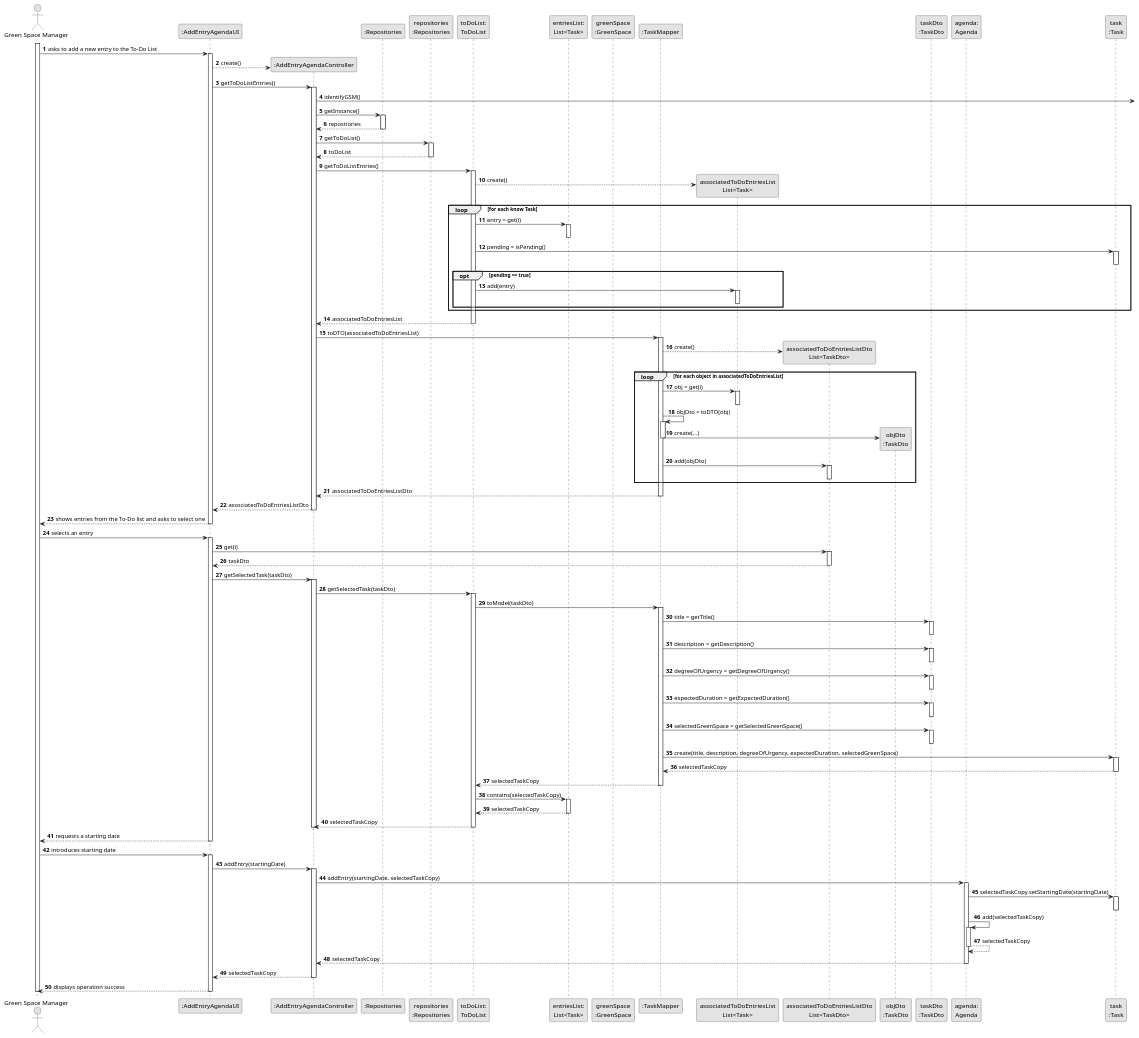
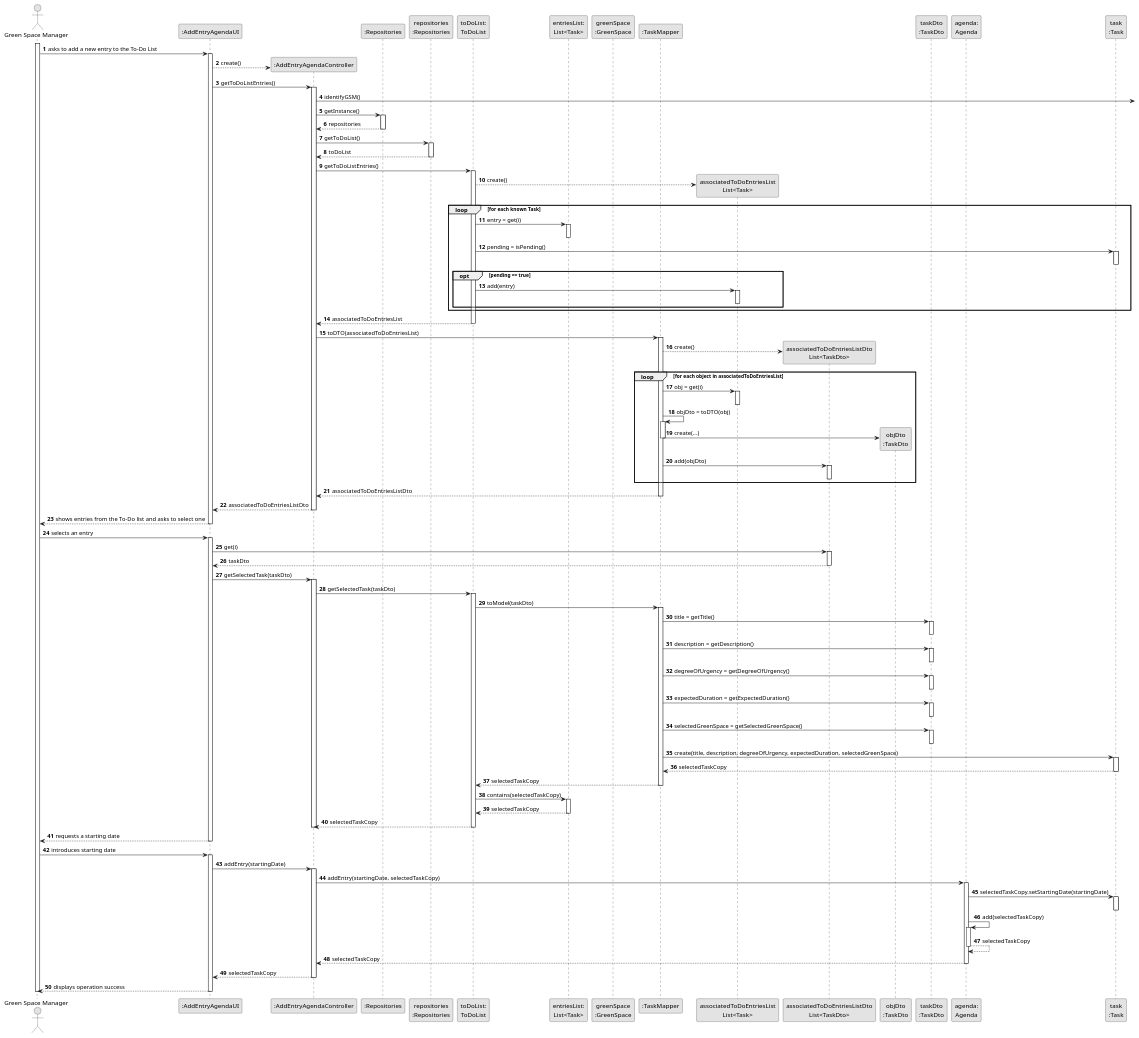
Before and after one commit to Departamento-de-Engenharia-Informatica/lei-24-s2-1dm-g132: the diagram in docs/sprintC/us022/03.design/puml/us022-sequence-diagram-full.puml, drawn with PlantUML. The commit also changed 10 other files, not shown here.

Commit message:
US23 sequence diagram first version incomplete

```diff
--- a/docs/sprintC/us022/03.design/puml/us022-sequence-diagram-full.puml
+++ b/docs/sprintC/us022/03.design/puml/us022-sequence-diagram-full.puml
@@ -1,199 +1,199 @@
 @startuml
 skinparam monochrome true
 skinparam packageStyle rectangle
 skinparam shadowing false
 
 autonumber
 
 'hide footbox
 actor "Green Space Manager" as GSM
 participant ":AddEntryAgendaUI" as UI
 participant ":AddEntryAgendaController" as CTRL
 participant ":Repositories" as RepositorySingleton
 participant "repositories\n:Repositories" as PLAT
 participant "toDoList:\nToDoList" as ToDoList
 participant "entriesList:\nList<Task>" as EntriesList
 participant "greenSpace\n:GreenSpace" as greenSpace
 participant ":TaskMapper" as TaskMapper
 participant "associatedToDoEntriesList\nList<Task>" as associatedToDoEntriesList
 participant "associatedToDoEntriesListDto\nList<TaskDto>" as associatedToDoEntriesListDto
 participant "objDto\n:TaskDto" as taskDto
 participant "taskDto\n:TaskDto" as TaskDto
 participant "agenda:\nAgenda" as Agenda
 participant "task\n:Task" as Task
 
 activate GSM
 
     GSM -> UI : asks to add a new entry to the To-Do List
     activate UI
 
         UI --> CTRL** : create()
         UI -> CTRL : getToDoListEntries()
         activate CTRL
 
             CTRL -> : identifyGSM()
 
             CTRL -> RepositorySingleton : getInstance()
                 activate RepositorySingleton
 
                     RepositorySingleton --> CTRL: repositories
                 deactivate RepositorySingleton
 
                 CTRL -> PLAT : getToDoList()
                 activate PLAT
 
                     PLAT --> CTRL : toDoList
                 deactivate PLAT
 
                 CTRL -> ToDoList : getToDoListEntries()
                 activate ToDoList
 
                     ToDoList --> associatedToDoEntriesList** : create()
 
-                    loop for each know Task
+                    loop for each known Task
 
                         ToDoList -> EntriesList : entry = get(i)
                         activate EntriesList
                         deactivate EntriesList
 
                         ToDoList -> Task : pending = isPending()
                         activate Task
                         deactivate Task
 
                         opt pending == true
 
                             ToDoList -> associatedToDoEntriesList : add(entry)
                             activate associatedToDoEntriesList
                             deactivate associatedToDoEntriesList
 
                         end opt
 
                     end loop
 
                     ToDoList --> CTRL : associatedToDoEntriesList
                 deactivate ToDoList
 
                 CTRL -> TaskMapper : toDTO(associatedToDoEntriesList)
                 activate TaskMapper
 
                     TaskMapper --> associatedToDoEntriesListDto** : create()
 
                     loop for each object in associatedToDoEntriesList
                         TaskMapper -> associatedToDoEntriesList : obj = get(i)
                         activate associatedToDoEntriesList
 
                             deactivate associatedToDoEntriesList
 
                         TaskMapper -> TaskMapper : objDto = toDTO(obj)
                         activate TaskMapper
 
                             TaskMapper -> taskDto** :create(...)
                             deactivate TaskMapper
 
                         TaskMapper -> associatedToDoEntriesListDto : add(objDto)
                         activate associatedToDoEntriesListDto
 
                             deactivate associatedToDoEntriesListDto
 
                         end loop
 
                     TaskMapper --> CTRL : associatedToDoEntriesListDto
                     deactivate TaskMapper
 
                 CTRL --> UI : associatedToDoEntriesListDto
                 deactivate CTRL
             UI --> GSM : shows entries from the To-Do list and asks to select one
             deactivate UI
 
         GSM -> UI : selects an entry
         activate UI
 
             UI -> associatedToDoEntriesListDto : get(i)
             activate associatedToDoEntriesListDto
 
                 associatedToDoEntriesListDto --> UI : taskDto
             deactivate associatedToDoEntriesListDto
 
             UI -> CTRL : getSelectedTask(taskDto)
             activate CTRL
 
                 CTRL -> ToDoList : getSelectedTask(taskDto)
                 activate ToDoList
 
                     ToDoList -> TaskMapper : toModel(taskDto)
                     activate TaskMapper
 
                         TaskMapper -> TaskDto : title = getTitle()
                         activate TaskDto
                         deactivate TaskDto
 
                         TaskMapper -> TaskDto : description = getDescription()
                         activate TaskDto
                         deactivate TaskDto
 
                         TaskMapper -> TaskDto : degreeOfUrgency = getDegreeOfUrgency()
                         activate TaskDto
                         deactivate TaskDto
 
                         TaskMapper -> TaskDto : expectedDuration = getExpectedDuration()
                         activate TaskDto
                         deactivate TaskDto
 
                         TaskMapper -> TaskDto : selectedGreenSpace = getSelectedGreenSpace()
                         activate TaskDto
                         deactivate TaskDto
 
                         TaskMapper -> Task : create(title, description, degreeOfUrgency, expectedDuration, selectedGreenSpace)
                         activate Task
 
                             Task --> TaskMapper : selectedTaskCopy
                         deactivate Task
 
                         TaskMapper --> ToDoList : selectedTaskCopy
                         deactivate TaskMapper
 
                     ToDoList -> EntriesList: contains(selectedTaskCopy)
                     activate EntriesList
 
                         EntriesList --> ToDoList : selectedTaskCopy
                     deactivate EntriesList
 
                     ToDoList --> CTRL : selectedTaskCopy
                     deactivate ToDoList
 
                 deactivate CTRL
 
             UI --> GSM : requests a starting date
             deactivate UI
 
         GSM -> UI : introduces starting date
         activate UI
 
             UI -> CTRL : addEntry(startingDate)
             activate CTRL
 
                 CTRL -> Agenda : addEntry(startingDate, selectedTaskCopy)
                 activate Agenda
 
                     Agenda -> Task : selectedTaskCopy.setStartingDate(startingDate)
                     activate Task
                     deactivate Task
 
                     Agenda -> Agenda : add(selectedTaskCopy)
                     activate Agenda
 
                         Agenda --> Agenda : selectedTaskCopy
                     deactivate Agenda
 
                     Agenda --> CTRL : selectedTaskCopy
                     deactivate Agenda
 
                 CTRL --> UI : selectedTaskCopy
                 deactivate CTRL
 
             UI --> GSM : displays operation success
             deactivate UI
 
         deactivate GSM
 
 @enduml
```
